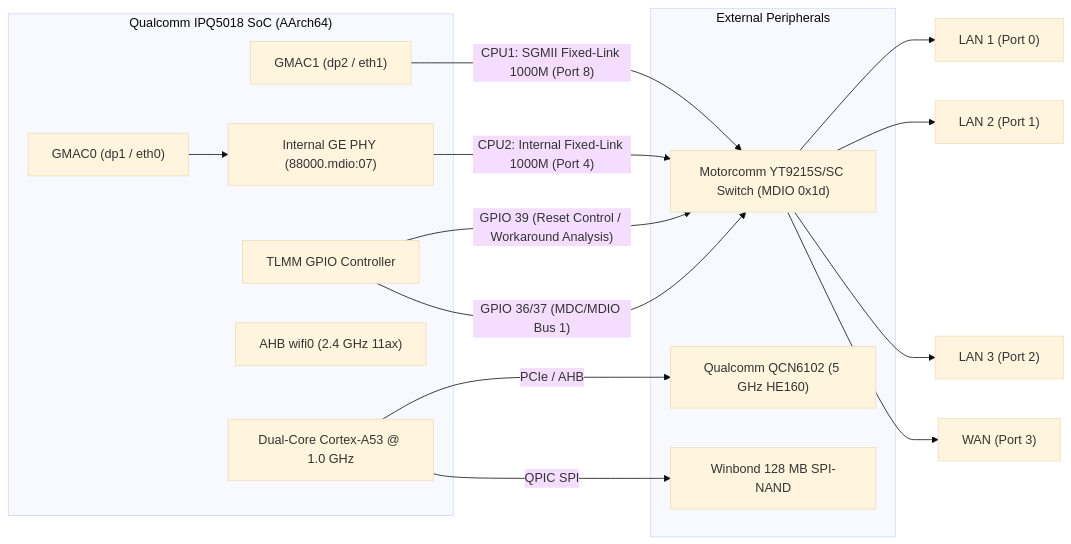
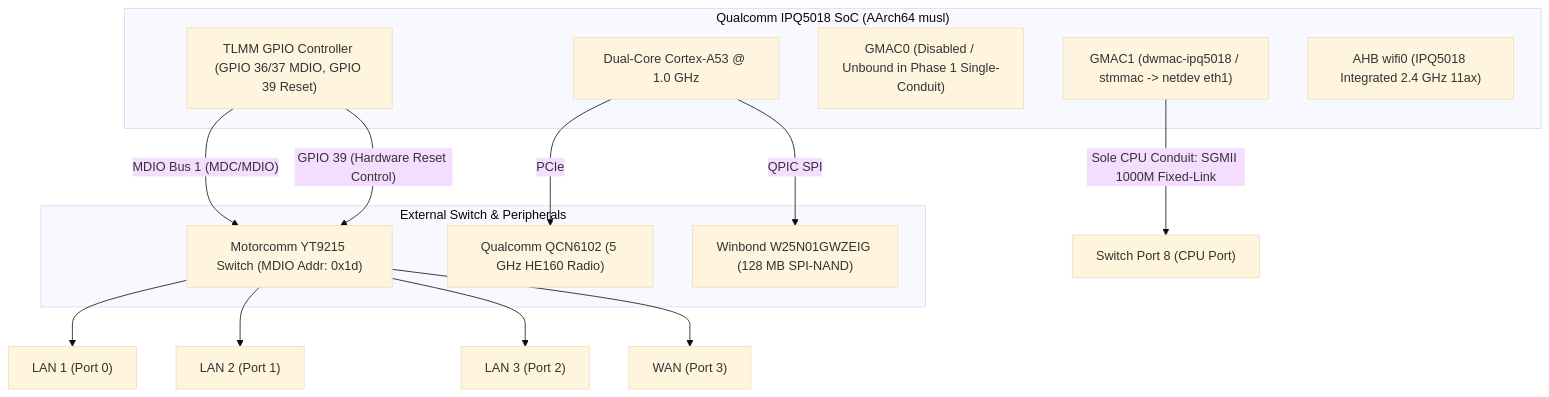
One commit to KiritoMainBro88/CR8808-CUSTOM-FIRMWARE changed the second of 3 diagrams in docs/DSA_BASELINE_DESIGN.md. Above: the diagram before and after it, drawn with Mermaid (base theme). The commit also changed other lines of this file and 8 other files, not shown here.

Commit message:
docs(review): Round 4 corrections for DSA vs NSS resolution, GPIO39 analysis, and calibration dataflow

````diff
--- a/docs/DSA_BASELINE_DESIGN.md
+++ b/docs/DSA_BASELINE_DESIGN.md
@@ -26,29 +49,27 @@
 ```mermaid
-graph LR
-    subgraph "Qualcomm IPQ5018 SoC (AArch64)"
+graph TD
+    subgraph "Qualcomm IPQ5018 SoC (AArch64 musl)"
         CPU["Dual-Core Cortex-A53 @ 1.0 GHz"]
-        GMAC1["GMAC1 (dp2 / eth1)"]
-        GMAC0["GMAC0 (dp1 / eth0)"]
-        INT_PHY["Internal GE PHY (88000.mdio:07)"]
-        WIFI0["AHB wifi0 (2.4 GHz 11ax)"]
-        TLMM["TLMM GPIO Controller"]
+        GMAC1["GMAC1 (dwmac-ipq5018 / stmmac -> netdev eth1)"]
+        GMAC0["GMAC0 (Disabled / Unbound in Phase 1 Single-Conduit)"]
+        TLMM["TLMM GPIO Controller (GPIO 36/37 MDIO, GPIO 39 Reset)"]
+        WIFI0["AHB wifi0 (IPQ5018 Integrated 2.4 GHz 11ax)"]
     end
 
-    subgraph "External Peripherals"
-        SWITCH["Motorcomm YT9215S/SC Switch (MDIO 0x1d)"]
-        WIFI1["Qualcomm QCN6102 (5 GHz HE160)"]
-        NAND["Winbond 128 MB SPI-NAND"]
+    subgraph "External Switch & Peripherals"
+        SWITCH["Motorcomm YT9215 Switch (MDIO Addr: 0x1d)"]
+        WIFI1["Qualcomm QCN6102 (5 GHz HE160 Radio)"]
+        NAND["Winbond W25N01GWZEIG (128 MB SPI-NAND)"]
     end
 
-    GMAC1 -- "CPU1: SGMII Fixed-Link 1000M (Port 8)" --> SWITCH
-    GMAC0 --> INT_PHY -- "CPU2: Internal Fixed-Link 1000M (Port 4)" --> SWITCH
-    TLMM -- "GPIO 39 (Reset Control / Workaround Analysis)" --> SWITCH
-    TLMM -- "GPIO 36/37 (MDC/MDIO Bus 1)" --> SWITCH
-    CPU -- "PCIe / AHB" --> WIFI1
+    GMAC1 -- "Sole CPU Conduit: SGMII 1000M Fixed-Link" --> PORT8["Switch Port 8 (CPU Port)"]
+    TLMM -- "MDIO Bus 1 (MDC/MDIO)" --> SWITCH
+    TLMM -- "GPIO 39 (Hardware Reset Control)" --> SWITCH
+    CPU -- "PCIe" --> WIFI1
     CPU -- "QPIC SPI" --> NAND
 
     SWITCH --> LAN1["LAN 1 (Port 0)"]
     SWITCH --> LAN2["LAN 2 (Port 1)"]
     SWITCH --> LAN3["LAN 3 (Port 2)"]
     SWITCH --> WAN["WAN (Port 3)"]
 ```
````
